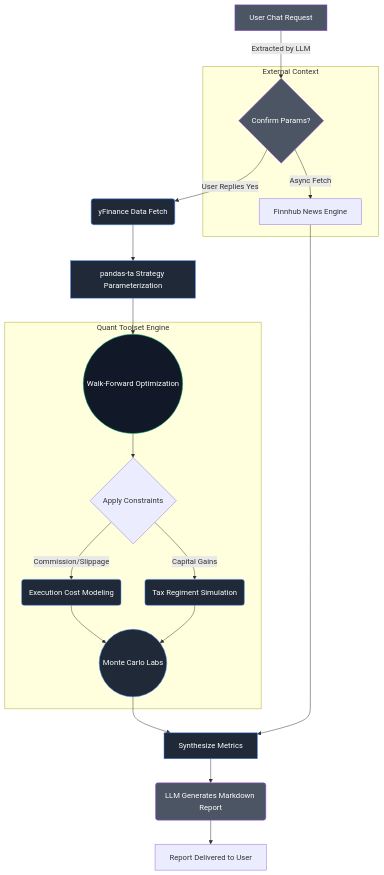
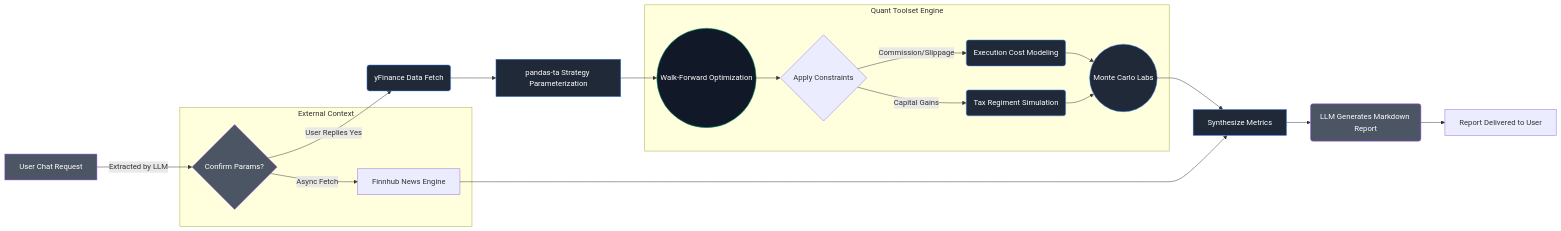
One commit to samwasted/nasiko-ai-agent changed the diagram in README.md. Above: the diagram before and after it, drawn with Mermaid. The commit also changed 1 other file, not shown here.

````diff
--- a/README.md
+++ b/README.md
@@ -93,31 +93,31 @@
 ```mermaid
-graph TD
+graph LR
     A[User Chat Request] -->|Extracted by LLM| B{Confirm Params?}
     B -->|User Replies Yes| C(yFinance Data Fetch)
     C --> D[pandas-ta Strategy Parameterization]
     D --> E((Walk-Forward Optimization))
     
     subgraph Quant Toolset Engine
     E --> F{Apply Constraints}
     F -->|Commission/Slippage| G(Execution Cost Modeling)
     F -->|Capital Gains| H(Tax Regiment Simulation)
     G & H --> I((Monte Carlo Labs))
     end
     
     subgraph External Context
     B -->|Async Fetch| J[Finnhub News Engine]
     end
 
     I --> K[Synthesize Metrics]
     J --> K
     K --> L(LLM Generates Markdown Report)
     L --> Z[Report Delivered to User]
 
     classDef core fill:#1f2937,stroke:#3b82f6,color:#fff
     classDef opt fill:#111827,stroke:#10b981,color:#fff
     classDef LLM fill:#4b5563,stroke:#a855f7,color:#fff
 
     class C,D,G,H,I,K core
     class E opt
     class A,B,L LLM
 ```
````
